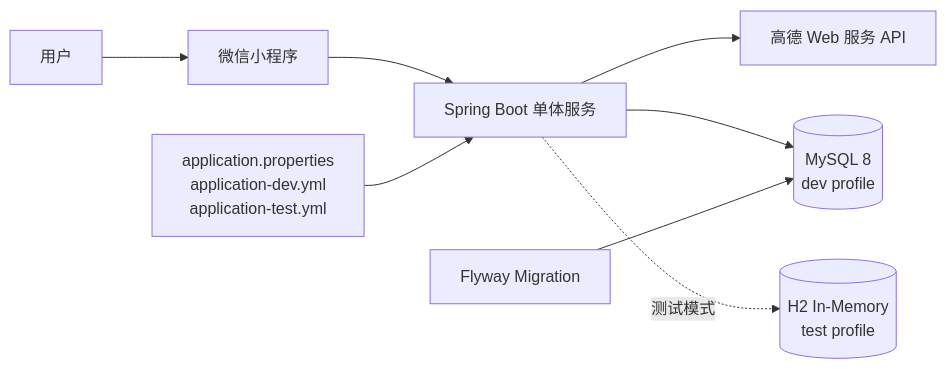
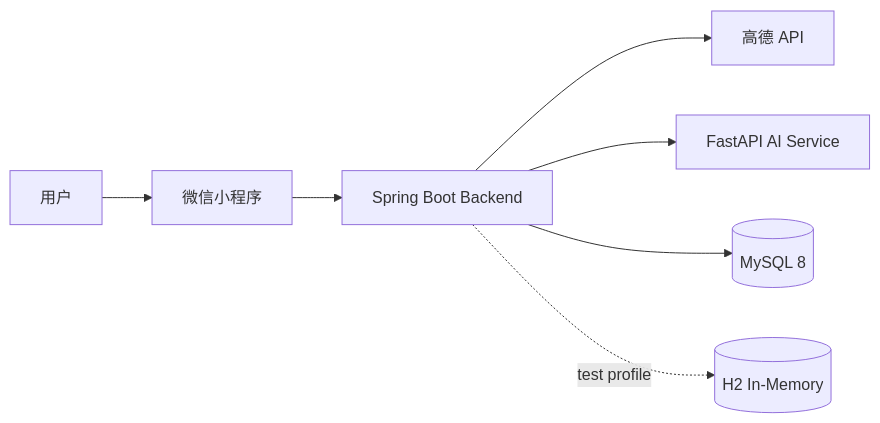
One commit to Ryan041001/WhatToEat changed the second of 2 diagrams in docs/architecture.md. Above: the diagram before and after it, drawn with Mermaid. The commit also changed other lines of this file and 77 other files, not shown here.

````diff
--- a/docs/architecture.md
+++ b/docs/architecture.md
@@ -228,19 +324,17 @@
 ```mermaid
 flowchart LR
     USER[用户]
     WX[微信小程序]
-    APP[Spring Boot 单体服务]
-    MYSQL[(MySQL 8\n dev profile)]
-    H2[(H2 In-Memory\n test profile)]
-    AMAP[高德 Web 服务 API]
-    CONF[application.properties\napplication-dev.yml\napplication-test.yml]
-    FLYWAY[Flyway Migration]
+    APP[Spring Boot Backend]
+    AI[FastAPI AI Service]
+    MYSQL[(MySQL 8)]
+    H2[(H2 In-Memory)]
+    AMAP[高德 API]
 
     USER --> WX
     WX --> APP
     APP --> AMAP
+    APP --> AI
     APP --> MYSQL
-    APP -.测试模式.-> H2
-    CONF --> APP
-    FLYWAY --> MYSQL
+    APP -. test profile .-> H2
 ```
````
